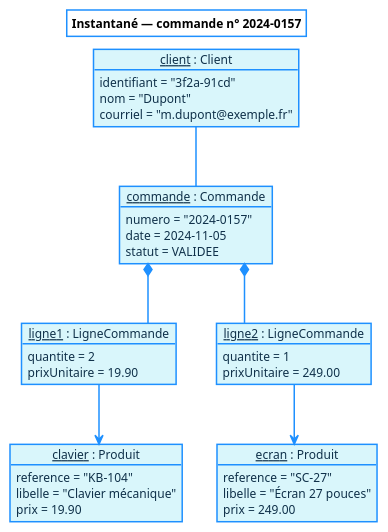
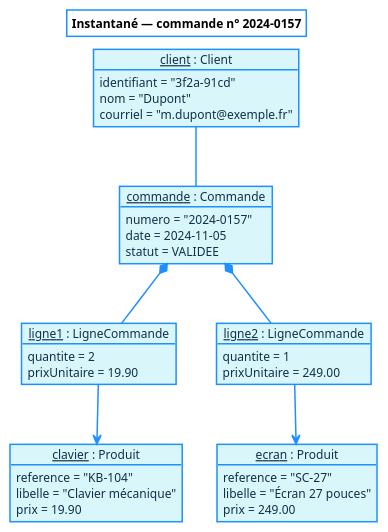
The diagram in templates/02-diagramme-objets.puml (STALKER1709/PLANTUMLStudio), drawn with PlantUML before and after one commit. The commit also changed 19 other files, not shown here.

First line of the commit message:
Écarte les tracés et supprime les couloirs partagés

```diff
--- a/templates/02-diagramme-objets.puml
+++ b/templates/02-diagramme-objets.puml
@@ -3,103 +3,107 @@
 @startuml
 title Instantané — commande n° 2024-0157
 
 ' ── Formalisme commun — voir docs/formalisme.md ──────────────────────
 ' Palette : fond cyan clair, bordures et flèches bleues, têtes d'acteurs
 ' en jaune pâle. Les états initiaux et finaux restent des cercles pleins.
 <style>
 root {
   FontName "Segoe UI"
   FontSize 12
   BackGroundColor #FFFFFF
   LineColor #1E90FF
   LineThickness 1.5
 }
 element {
   BackGroundColor #D9F6FB
   LineColor #1E90FF
   FontColor #10314A
 }
 arrow {
   LineColor #1E90FF
   FontColor #333333
 }
 activityDiagram {
   circle {
     BackGroundColor #1E90FF
     LineColor #1E90FF
   }
 }
 stateDiagram {
   circle {
     BackGroundColor #1E90FF
     LineColor #1E90FF
   }
 }
 </style>
 skinparam shadowing false
-' Tracés orthogonaux, comme dans les outils de modélisation classiques.
+' Tracés en segments droits, brisés là où il le faut pour contourner un
+' élément. Le routage orthogonal (« linetype ortho ») aligne au contraire les
+' liens sur des couloirs communs : mesuré sur 128 liens de 17 diagrammes, il
+' produit 9 croisements et 5 frôlements, contre 6 et 4 ici. Pour le retrouver
+' malgré tout, remplacez « polyline » par « ortho » ci-dessous.
 ' Cette directive exige Graphviz ; le moteur Smetana l'ignore et trace des
 ' courbes, sans que le diagramme cesse d'être correct.
-skinparam linetype ortho
+skinparam linetype polyline
 ' Les conteneurs (cadre système, paquetages, nœuds) restent transparents :
 ' seuls les éléments qu'ils portent sont colorés, comme dans le formalisme de
 ' référence.
 skinparam rectangleBackgroundColor transparent
 skinparam packageBackgroundColor transparent
 skinparam nodeBackgroundColor transparent
 skinparam folderBackgroundColor transparent
 skinparam frameBackgroundColor transparent
 skinparam cloudBackgroundColor transparent
 skinparam actorBackgroundColor #FFF6B0
 skinparam actorBorderColor #1E90FF
 ' Marqueurs de visibilité littéraux + - # plutôt que des icônes colorées
 skinparam classAttributeIconSize 0
 ' « Il est représenté par un dossier avec son nom à l'intérieur »
 skinparam packageStyle folder
 ' Pointes de flèches UML strictes : synchrone, asynchrone, retour
 skinparam style strictuml
 
 ' Une instance se nomme « nomInstance : Classe » et son nom est souligné.
 object "client : Client" as client {
   identifiant = "3f2a-91cd"
   nom = "Dupont"
   courriel = "m.dupont@exemple.fr"
 }
 
 object "commande : Commande" as commande {
   numero = "2024-0157"
   date = 2024-11-05
   statut = VALIDEE
 }
 
 object "ligne1 : LigneCommande" as ligne1 {
   quantite = 2
   prixUnitaire = 19.90
 }
 
 object "ligne2 : LigneCommande" as ligne2 {
   quantite = 1
   prixUnitaire = 249.00
 }
 
 object "clavier : Produit" as clavier {
   reference = "KB-104"
   libelle = "Clavier mécanique"
   prix = 19.90
 }
 
 object "ecran : Produit" as ecran {
   reference = "SC-27"
   libelle = "Écran 27 pouces"
   prix = 249.00
 }
 
 ' Les liens sont les instances des associations du diagramme de classes :
 ' ils en reprennent la nature (composition, référence) sans multiplicités.
 client -- commande
 commande *-- ligne1
 commande *-- ligne2
 ligne1 --> clavier
 ligne2 --> ecran
 
 @enduml
```
